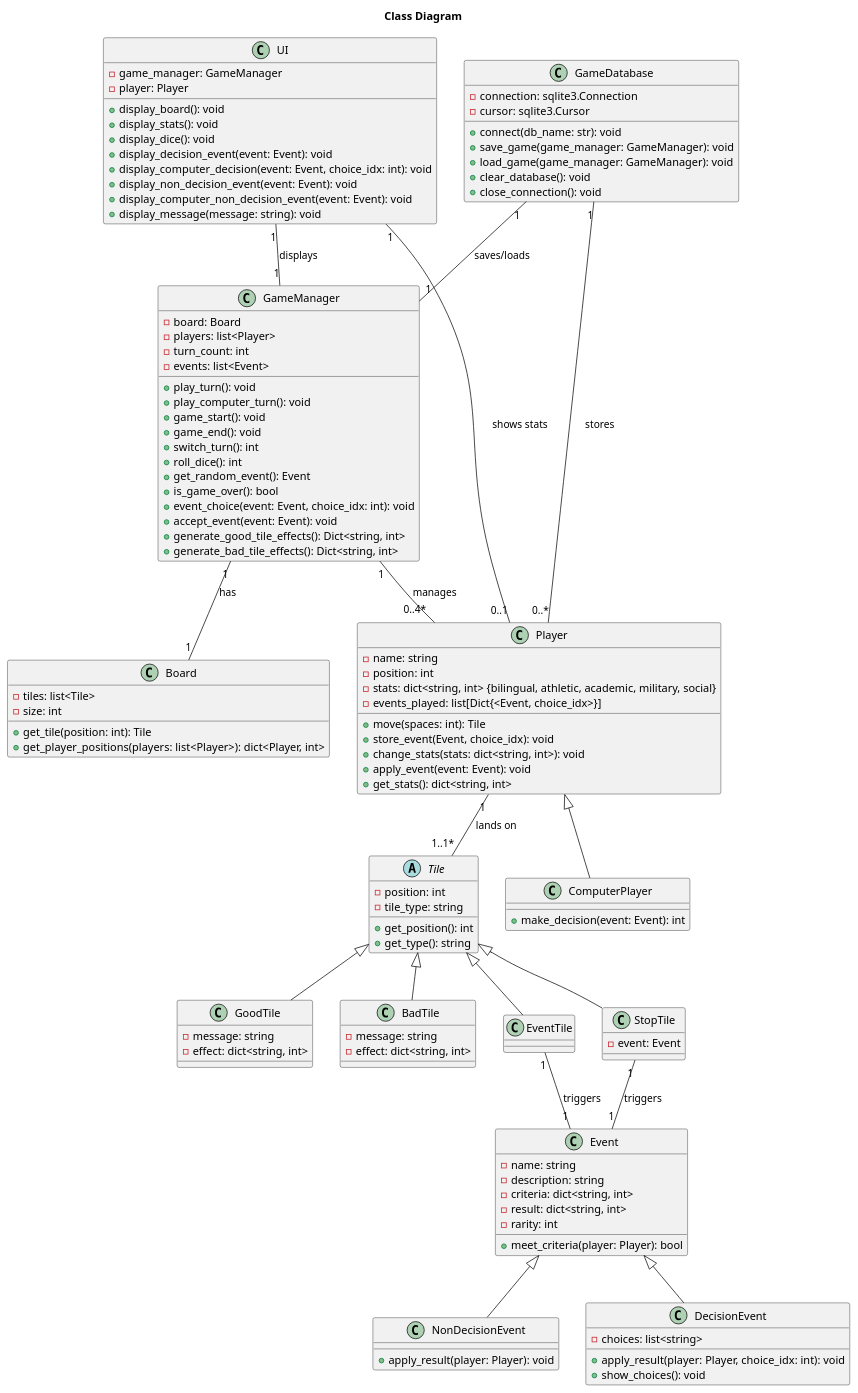
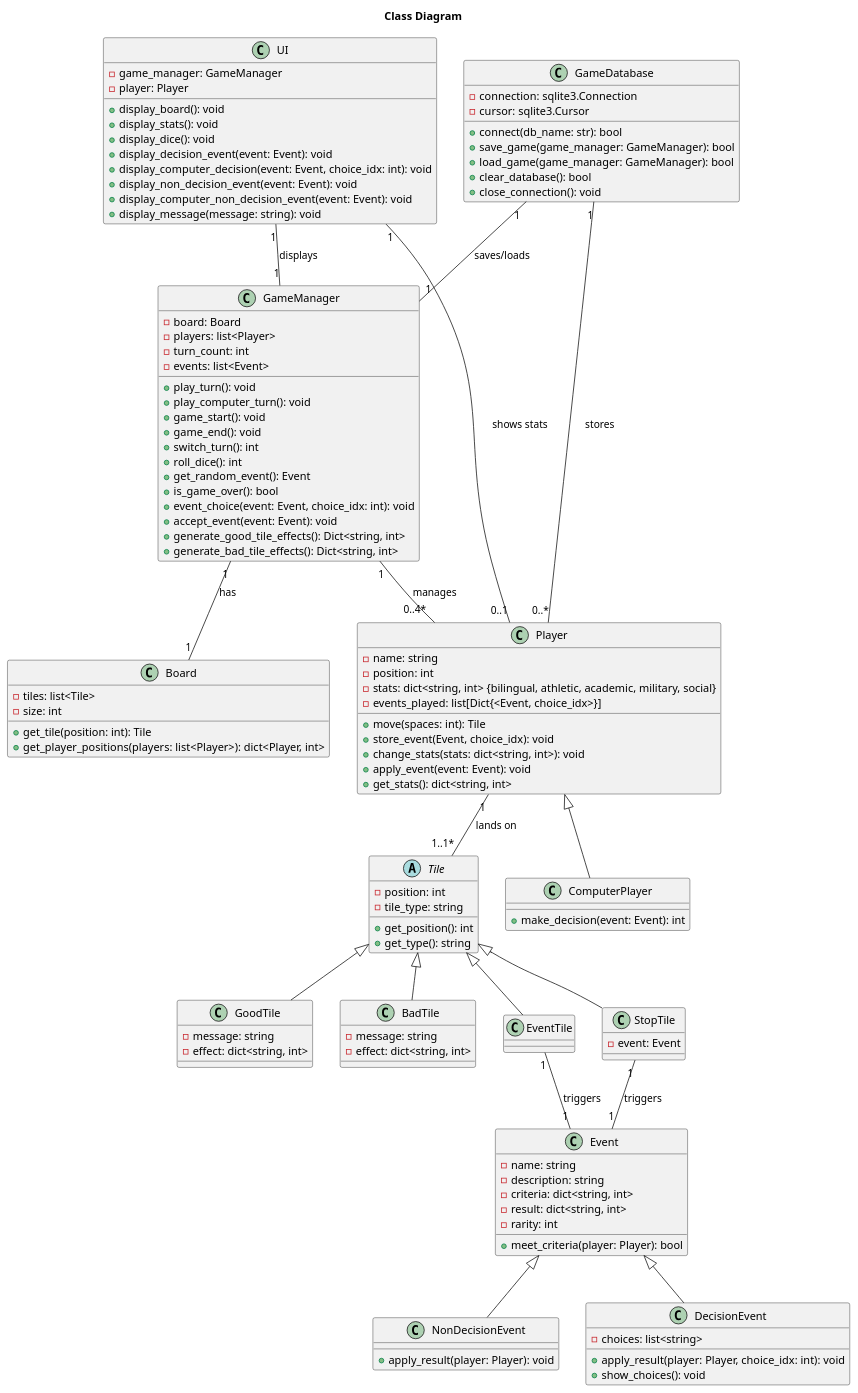
One commit to CSE-362-2025/BoardGameProject changed the diagram in diagrams/class_diagram.puml. Above: the diagram before and after it, drawn with PlantUML. The commit also changed 1 other file, not shown here.

Commit message:
sequence diagram for saving and loading the game

```diff
--- a/diagrams/class_diagram.puml
+++ b/diagrams/class_diagram.puml
@@ -1,159 +1,159 @@
 @startuml class_diagram
 title "Class Diagram"
 ' skinparam shadowing false
 ' skinparam classAttributeIconSize 0
 
 class GameDatabase {
     
     - connection: sqlite3.Connection
     - cursor: sqlite3.Cursor
 
-    + connect(db_name: str): void
-    + save_game(game_manager: GameManager): void
-    + load_game(game_manager: GameManager): void
-    + clear_database(): void
+    + connect(db_name: str): bool
+    + save_game(game_manager: GameManager): bool
+    + load_game(game_manager: GameManager): bool
+    + clear_database(): bool
     + close_connection(): void
 
 }
 
 class Board {
 
     - tiles: list<Tile>
     - size: int
 
     + get_tile(position: int): Tile
     + get_player_positions(players: list<Player>): dict<Player, int>
 }
 
 abstract class Tile {
 
     - position: int
     - tile_type: string
 
     + get_position(): int
     + get_type(): string
 }
 
 class GoodTile {
     - message: string
     - effect: dict<string, int>
 
 }
 
 class BadTile {
     - message: string
     - effect: dict<string, int>
 
 }
 
 class EventTile {
 
 }
 
 class StopTile {
     - event: Event
 
 }
 
 class Player {
 
     - name: string
     - position: int
     - stats: dict<string, int> {bilingual, athletic, academic, military, social}
     - events_played: list[Dict{<Event, choice_idx>}]
 
     + move(spaces: int): Tile
     + store_event(Event, choice_idx): void
     + change_stats(stats: dict<string, int>): void
     + apply_event(event: Event): void
     + get_stats(): dict<string, int>
 
 }
 
 class ComputerPlayer {
 
     + make_decision(event: Event): int
 }
 
 class Event {
 
     - name: string
     - description: string
     - criteria: dict<string, int>
     - result: dict<string, int>
     - rarity: int
 
     + meet_criteria(player: Player): bool
 }
 
 class NonDecisionEvent {
 
     + apply_result(player: Player): void
 }
 
 class DecisionEvent {
     - choices: list<string>
 
     + apply_result(player: Player, choice_idx: int): void
     + show_choices(): void
 }
 
 
 class GameManager {
 
     - board: Board
     - players: list<Player>
     - turn_count: int
     - events: list<Event>
 
     + play_turn(): void
     + play_computer_turn(): void
     + game_start(): void
     + game_end(): void
     + switch_turn(): int
     + roll_dice(): int
     + get_random_event(): Event
     + is_game_over(): bool
     + event_choice(event: Event, choice_idx: int): void
     + accept_event(event: Event): void
     + generate_good_tile_effects(): Dict<string, int>
     + generate_bad_tile_effects(): Dict<string, int>
 }
 
 class UI {
 
     - game_manager: GameManager
     - player: Player
 
     + display_board(): void
     + display_stats(): void
     + display_dice(): void
     + display_decision_event(event: Event): void
     + display_computer_decision(event: Event, choice_idx: int): void
     + display_non_decision_event(event: Event): void
     + display_computer_non_decision_event(event: Event): void
     + display_message(message: string): void
 }
 
 
 ' Relationships
 
 Player "1" -- "1..1*" Tile : "lands on"
 GameDatabase "1" -- "0..*" Player : "stores"
 GameDatabase "1" -- "1" GameManager : "saves/loads"
 GameManager "1" -- "0..4*" Player : "manages"
 GameManager "1" -- "1" Board : "has"
 UI "1" -- "1" GameManager : "displays"
 UI "1" -- "0..1" Player : "shows stats"
 EventTile "1" -- "1" Event : "triggers"
 StopTile "1" -- "1" Event : "triggers"
 Tile <|-- GoodTile
 Tile <|-- BadTile
 Tile <|-- EventTile
 Tile <|-- StopTile
 Event <|-- NonDecisionEvent
 Event <|-- DecisionEvent
 Player <|-- ComputerPlayer
 
 
 @enduml
```
